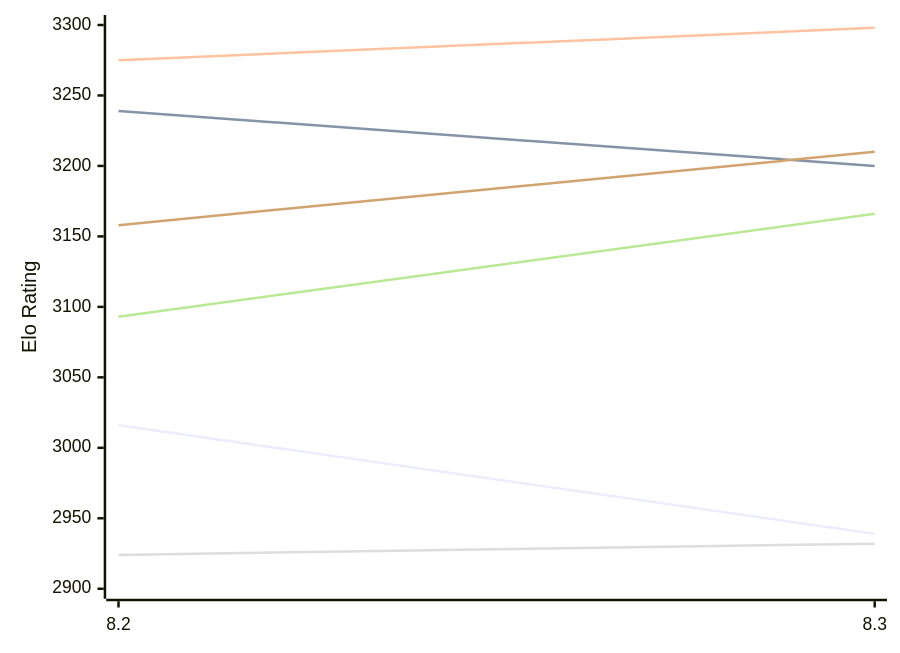
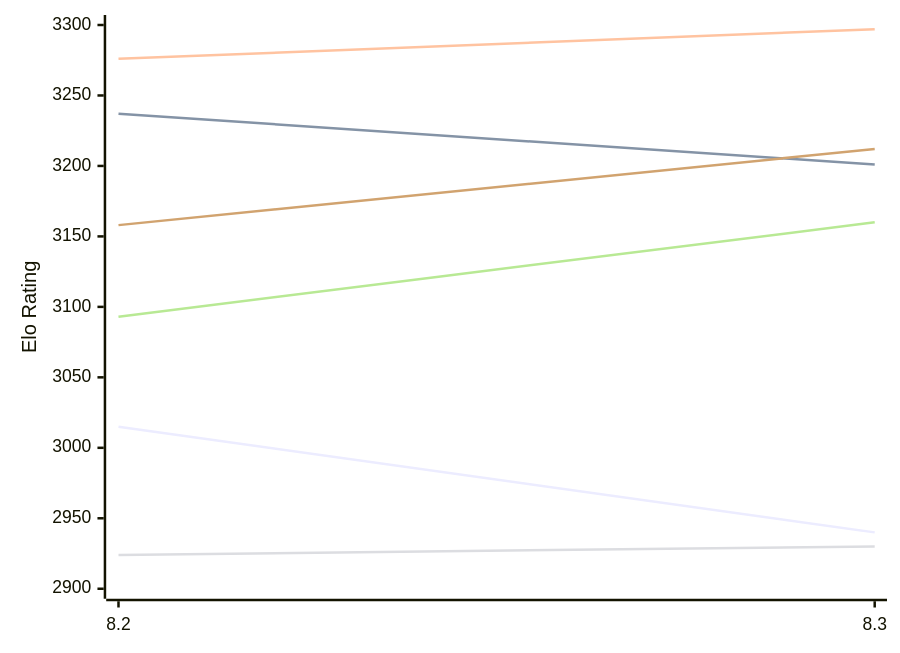
The first of 2 diagrams in engines/Alexander.md (computer-chess-index/cci), drawn with Mermaid before and after one commit. The commit also changed other lines of this file, not shown here.

Commit message:
Update CCI Ratings (ELO VLTC) - 2026-11-27

````diff
--- a/engines/Alexander.md
+++ b/engines/Alexander.md
@@ -52,12 +52,12 @@
 ```mermaid
 %%{init: {"theme":"base","themeVariables":{"seriesColors:['#a3a3a3','#222221','#faa371']}}}%%
 xychart-beta
   x-axis ["8.2", "8.3"]
   y-axis "Elo Rating" 2900 --> 3300
-  line "E1: STC (8.0+0.08s)" [3016, 2939]
-  line "E1: LTC (60.0+0.60s)" [3239, 3200]
-  line "E1: VLTC (2m24s+1.12s)" [3275, 3298]
-  line "P1: STC (8.0+0.08s)" [2924, 2932]
-  line "P1: LTC (60.0+0.60s)" [3093, 3166]
-  line "P1: VLTC (2m24s+1.12s)" [3158, 3210]
+  line "E1: STC (8.0+0.08s)" [3015, 2940]
+  line "E1: LTC (60.0+0.60s)" [3237, 3201]
+  line "E1: VLTC (2m24s+1.12s)" [3276, 3297]
+  line "P1: STC (8.0+0.08s)" [2924, 2930]
+  line "P1: LTC (60.0+0.60s)" [3093, 3160]
+  line "P1: VLTC (2m24s+1.12s)" [3158, 3212]
 ```
````
